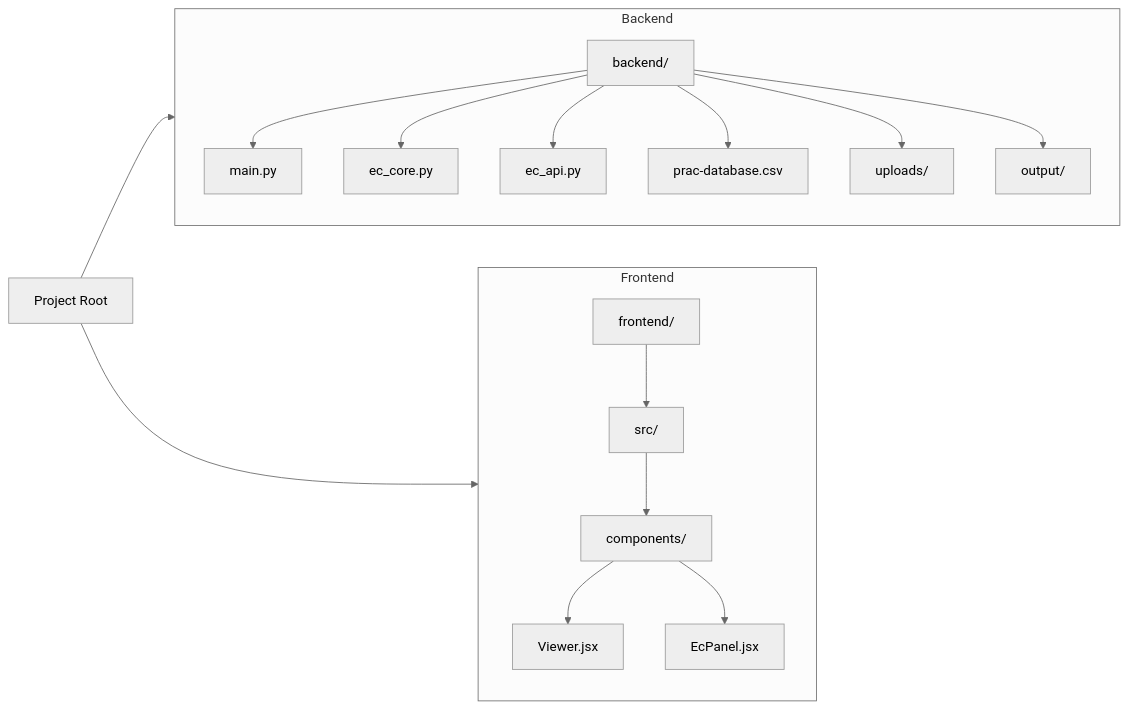
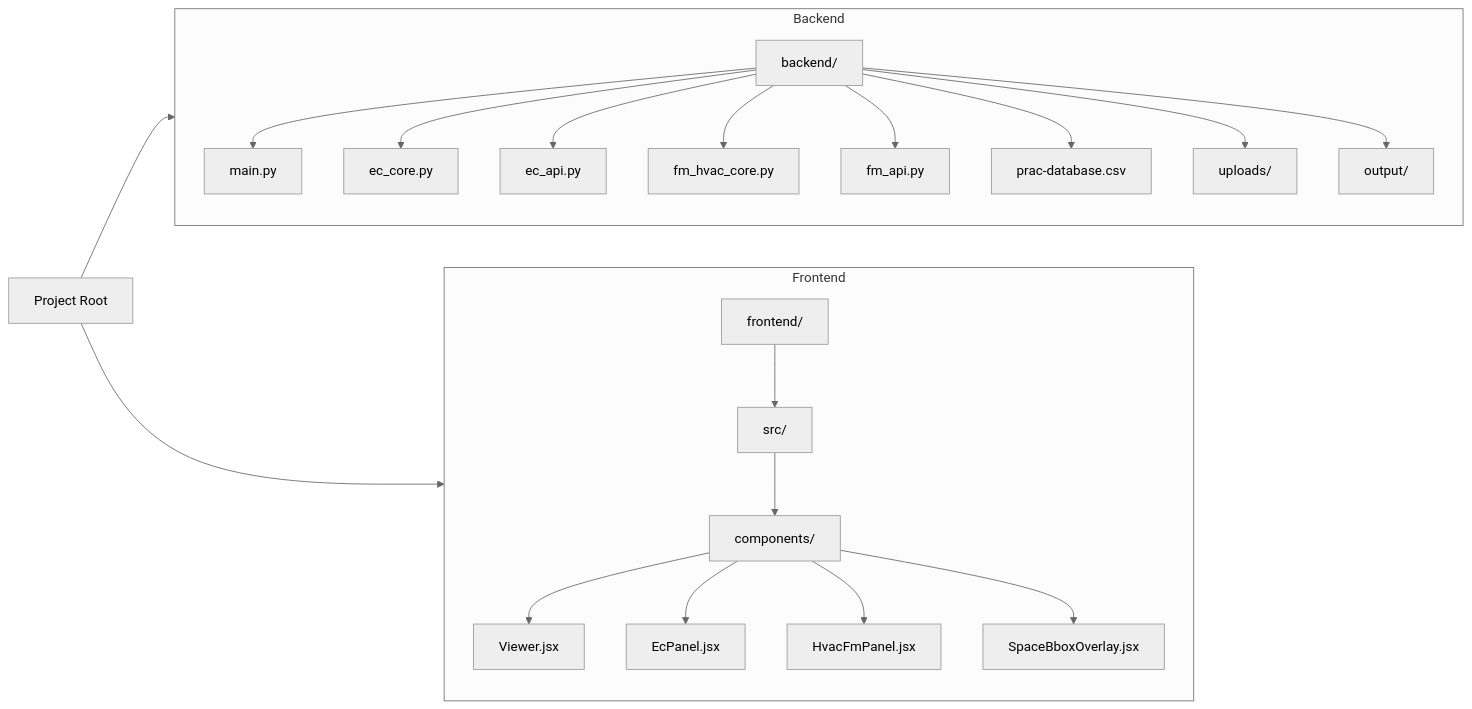
One commit to Naveendinula/DigitalTwin changed the second of 6 diagrams in SYSTEM_MAP.md. Above: the diagram before and after it, drawn with Mermaid (neutral theme). The commit also changed other lines of this file and 2 other files, not shown here.

First line of the commit message:
Update docs for HVAC/FM analysis and space overlay

````diff
--- a/SYSTEM_MAP.md
+++ b/SYSTEM_MAP.md
@@ -60,37 +72,45 @@
 ```mermaid
 graph LR
     Root[Project Root]
     
     subgraph Backend
         BE[backend/]
         Main[main.py]
         Core[ec_core.py]
         API[ec_api.py]
+        FmCore[fm_hvac_core.py]
+        FmAPI[fm_api.py]
         DB[prac-database.csv]
         Uploads[uploads/]
         Output[output/]
         
         BE --> Main
         BE --> Core
         BE --> API
+        BE --> FmCore
+        BE --> FmAPI
         BE --> DB
         BE --> Uploads
         BE --> Output
     end
     
     subgraph Frontend
         FE[frontend/]
         Src[src/]
         Comps[components/]
         Viewer[Viewer.jsx]
         Panel[EcPanel.jsx]
+        HvacPanel[HvacFmPanel.jsx]
+        SpaceOverlay[SpaceBboxOverlay.jsx]
         
         FE --> Src
         Src --> Comps
         Comps --> Viewer
         Comps --> Panel
+        Comps --> HvacPanel
+        Comps --> SpaceOverlay
     end
     
     Root --> Backend
     Root --> Frontend
 ```
````
